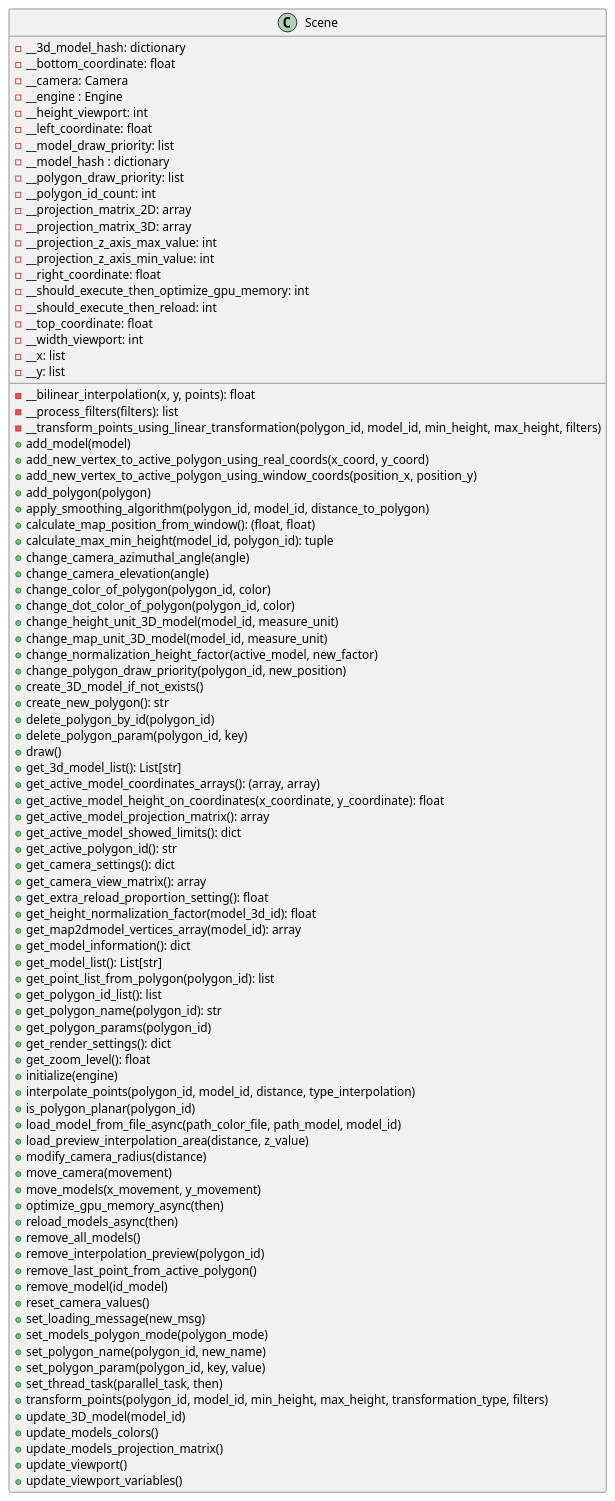
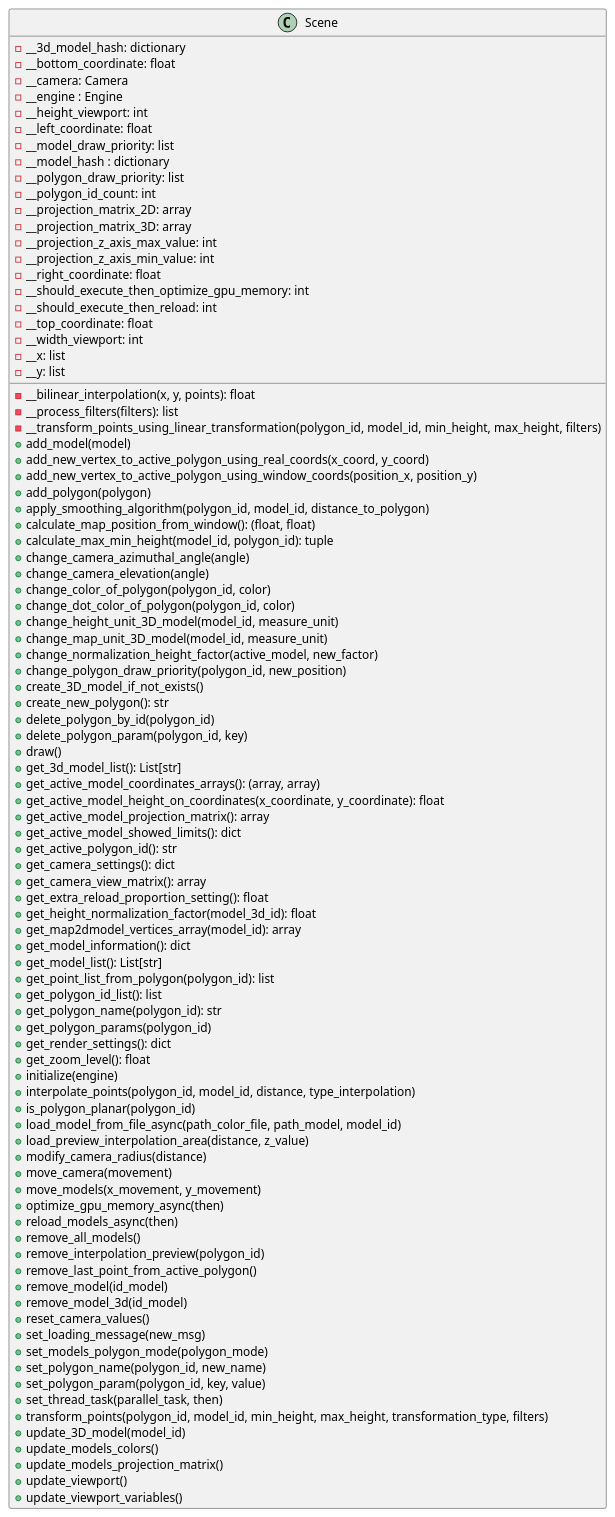
The diagram in docs/classes/Scene.puml (ferpoble2/Relief_Creator), drawn with PlantUML before and after one commit. The commit also changed 3 other files, not shown here.

```diff
--- a/docs/classes/Scene.puml
+++ b/docs/classes/Scene.puml
@@ -1,94 +1,95 @@
 @startuml
             class Scene{
                 - __bilinear_interpolation(x, y, points): float
                 - __process_filters(filters): list
                 - __transform_points_using_linear_transformation(polygon_id, model_id, min_height, max_height, filters)
                 + add_model(model)
                 + add_new_vertex_to_active_polygon_using_real_coords(x_coord, y_coord)
                 + add_new_vertex_to_active_polygon_using_window_coords(position_x, position_y)
                 + add_polygon(polygon)
                 + apply_smoothing_algorithm(polygon_id, model_id, distance_to_polygon)
                 + calculate_map_position_from_window(): (float, float)
                 + calculate_max_min_height(model_id, polygon_id): tuple
                 + change_camera_azimuthal_angle(angle)
                 + change_camera_elevation(angle)
                 + change_color_of_polygon(polygon_id, color)
                 + change_dot_color_of_polygon(polygon_id, color)
                 + change_height_unit_3D_model(model_id, measure_unit)
                 + change_map_unit_3D_model(model_id, measure_unit)
                 + change_normalization_height_factor(active_model, new_factor)
                 + change_polygon_draw_priority(polygon_id, new_position)
                 + create_3D_model_if_not_exists()
                 + create_new_polygon(): str
                 + delete_polygon_by_id(polygon_id)
                 + delete_polygon_param(polygon_id, key)
                 + draw()
                 + get_3d_model_list(): List[str]
                 + get_active_model_coordinates_arrays(): (array, array)
                 + get_active_model_height_on_coordinates(x_coordinate, y_coordinate): float
                 + get_active_model_projection_matrix(): array
                 + get_active_model_showed_limits(): dict
                 + get_active_polygon_id(): str
                 + get_camera_settings(): dict
                 + get_camera_view_matrix(): array
                 + get_extra_reload_proportion_setting(): float
                 + get_height_normalization_factor(model_3d_id): float
                 + get_map2dmodel_vertices_array(model_id): array
                 + get_model_information(): dict
                 + get_model_list(): List[str]
                 + get_point_list_from_polygon(polygon_id): list
                 + get_polygon_id_list(): list
                 + get_polygon_name(polygon_id): str
                 + get_polygon_params(polygon_id)
                 + get_render_settings(): dict
                 + get_zoom_level(): float
                 + initialize(engine)
                 + interpolate_points(polygon_id, model_id, distance, type_interpolation)
                 + is_polygon_planar(polygon_id)
                 + load_model_from_file_async(path_color_file, path_model, model_id)
                 + load_preview_interpolation_area(distance, z_value)
                 + modify_camera_radius(distance)
                 + move_camera(movement)
                 + move_models(x_movement, y_movement)
                 + optimize_gpu_memory_async(then)
                 + reload_models_async(then)
                 + remove_all_models()
                 + remove_interpolation_preview(polygon_id)
                 + remove_last_point_from_active_polygon()
                 + remove_model(id_model)
+                + remove_model_3d(id_model)
                 + reset_camera_values()
                 + set_loading_message(new_msg)
                 + set_models_polygon_mode(polygon_mode)
                 + set_polygon_name(polygon_id, new_name)
                 + set_polygon_param(polygon_id, key, value)
                 + set_thread_task(parallel_task, then)
                 + transform_points(polygon_id, model_id, min_height, max_height, transformation_type, filters)
                 + update_3D_model(model_id)
                 + update_models_colors()
                 + update_models_projection_matrix()
                 + update_viewport()
                 + update_viewport_variables()
 
                 - __3d_model_hash: dictionary
                 - __bottom_coordinate: float
                 - __camera: Camera
                 - __engine : Engine
                 - __height_viewport: int
                 - __left_coordinate: float
                 - __model_draw_priority: list
                 - __model_hash : dictionary
                 - __polygon_draw_priority: list
                 - __polygon_id_count: int
                 - __projection_matrix_2D: array
                 - __projection_matrix_3D: array
                 - __projection_z_axis_max_value: int
                 - __projection_z_axis_min_value: int
                 - __right_coordinate: float
                 - __should_execute_then_optimize_gpu_memory: int
                 - __should_execute_then_reload: int
                 - __top_coordinate: float
                 - __width_viewport: int
                 - __x: list
                 - __y: list
             }
 @enduml
```
